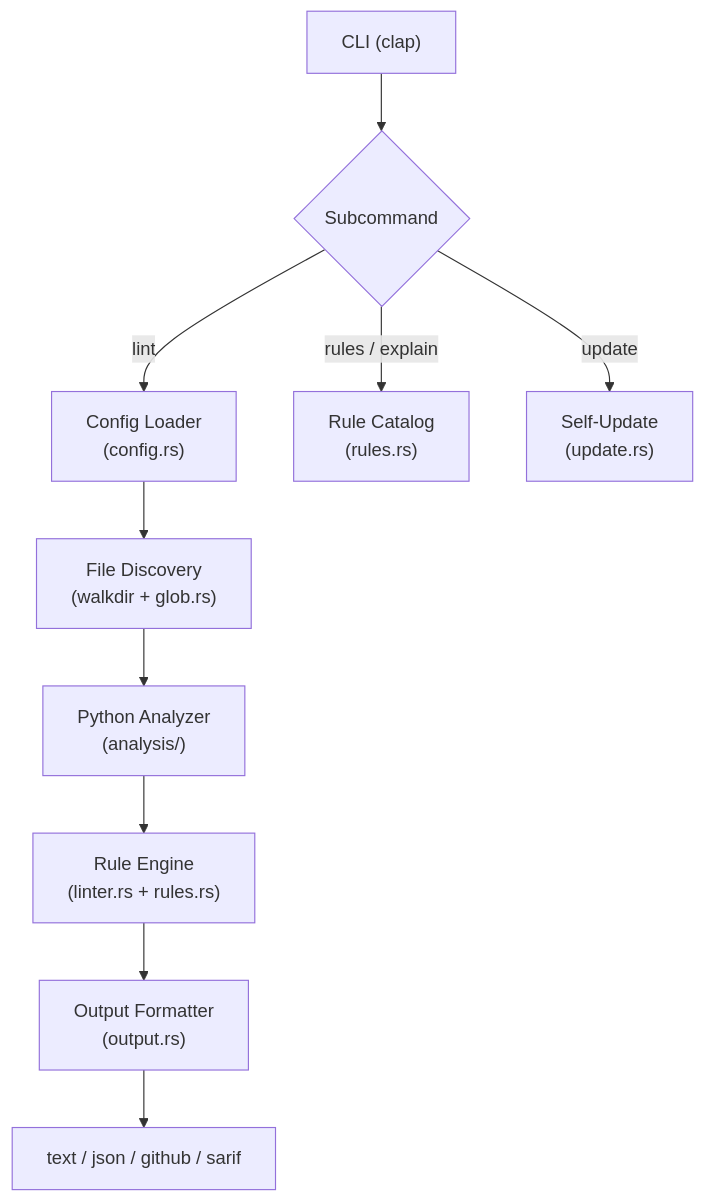
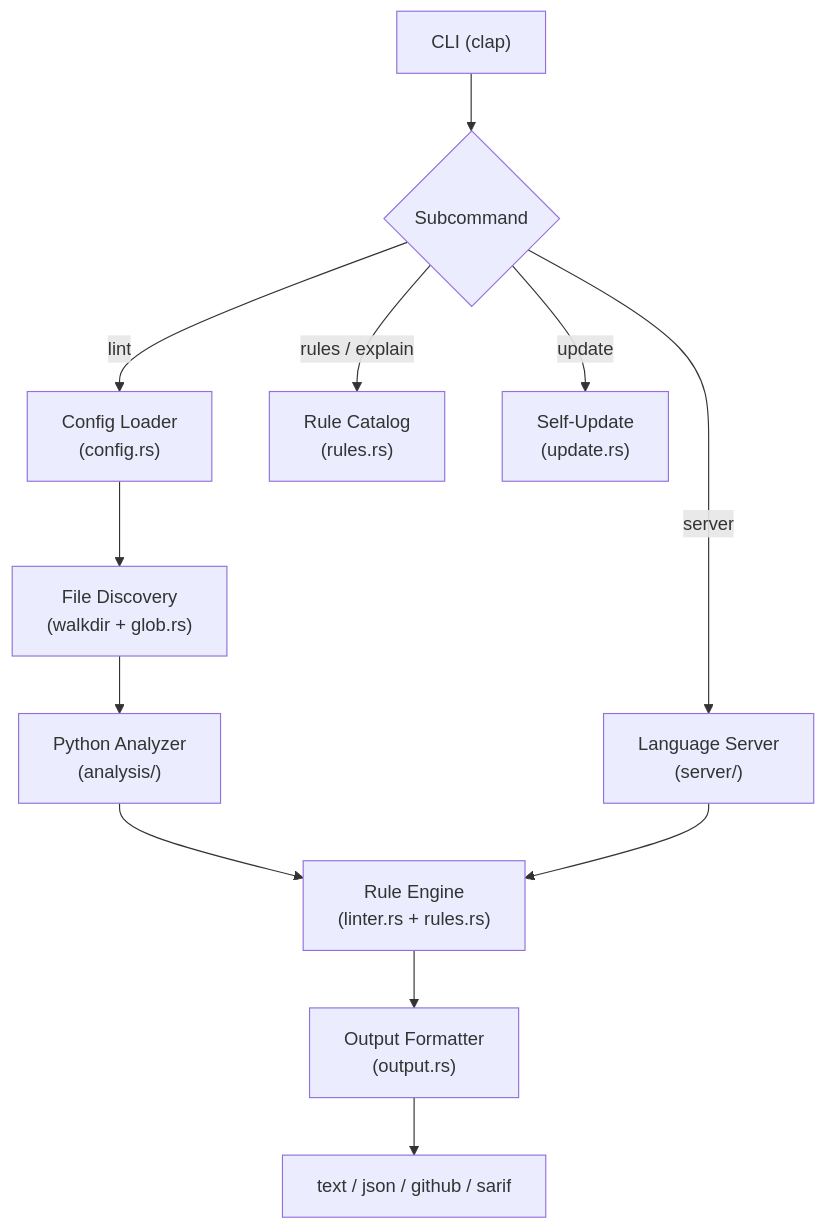
The diagram in README.md (christestet/owui-lint), drawn with Mermaid before and after one commit. The commit also changed other lines of this file and 40 other files, not shown here.

````diff
--- a/README.md
+++ b/README.md
@@ -36,12 +39,14 @@
 ```mermaid
 flowchart TD
     A["CLI (clap)"] --> B{Subcommand}
     B -->|lint| C["Config Loader<br/>(config.rs)"]
     B -->|rules / explain| G["Rule Catalog<br/>(rules.rs)"]
     B -->|update| H["Self-Update<br/>(update.rs)"]
+    B -->|server| K["Language Server<br/>(server/)"]
     C --> D["File Discovery<br/>(walkdir + glob.rs)"]
     D --> E["Python Analyzer<br/>(analysis/)"]
     E --> F["Rule Engine<br/>(linter.rs + rules.rs)"]
     F --> I["Output Formatter<br/>(output.rs)"]
     I --> J["text / json / github / sarif"]
+    K --> F
 ```
````
